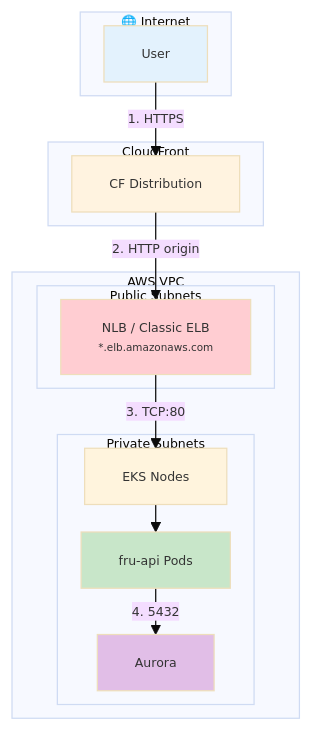
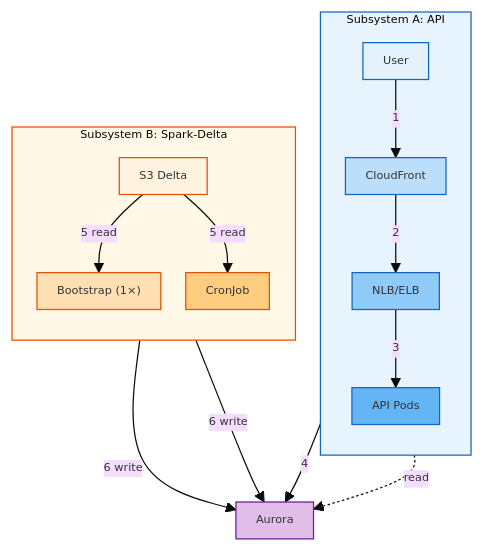
Before and after one commit to horselord-joe-8053/ultra-fru-genai-analytics-new: the first of 4 diagrams in docs/learned/cloud_shared/ARCHITECTURE_AWS_GCP_GENERAL.md, drawn with Mermaid. The commit also changed other lines of this file and 14 other files, not shown here.

Commit message:
Restructure ARCHITECTURE doc: Kube vs Nonkube comparison, side-by-side diagrams, colored tables

````diff
--- a/docs/learned/cloud_shared/ARCHITECTURE_AWS_GCP_GENERAL.md
+++ b/docs/learned/cloud_shared/ARCHITECTURE_AWS_GCP_GENERAL.md
@@ -11,34 +18,41 @@
 ```mermaid
-%%{init: {'theme':'base', 'themeVariables': {'fontSize':'10px', 'fontFamily':'sans-serif'}, 'flowchart': {'nodeSpacing':18, 'rankSpacing':22}}}%%
+%%{init: {'theme':'base', 'themeVariables': {'fontSize':'9px', 'fontFamily':'sans-serif'}, 'flowchart': {'nodeSpacing':20, 'rankSpacing':24, 'padding':8, 'useMaxWidth':true}}}%%
 flowchart TB
-    subgraph ext["🌐 Internet"]
+    subgraph subA["Subsystem A: API"]
+        direction TB
         U1["User"]
+        CF1["CloudFront"]
+        LB1["NLB/ELB"]
+        POD1["API Pods"]
+        U1 -->|"1"| CF1
+        CF1 -->|"2"| LB1
+        LB1 -->|"3"| POD1
     end
 
-    subgraph cf1["CloudFront"]
-        CF1["CF Distribution"]
+    subgraph subB["Subsystem B: Spark-Delta"]
+        direction TB
+        BOOT1["Bootstrap (1×)"]
+        CRON1["CronJob"]
+        S31["S3 Delta"]
+        S31 -->|"5 read"| BOOT1
+        S31 -->|"5 read"| CRON1
     end
 
-    subgraph aws1["AWS VPC"]
-        subgraph pub1["Public Subnets"]
-            LB1["NLB / Classic ELB<br/><small>*.elb.amazonaws.com</small>"]
-        end
-        subgraph priv1["Private Subnets"]
-            EKS1["EKS Nodes"]
-            POD1["fru-api Pods"]
-            AUR1["Aurora"]
-        end
-    end
+    AUR1["Aurora"]
 
-    U1 -->|"1. HTTPS"| CF1
-    CF1 -->|"2. HTTP origin"| LB1
-    LB1 -->|"3. TCP:80"| EKS1
-    EKS1 --> POD1
-    POD1 -->|"4. 5432"| AUR1
+    POD1 -->|"4"| AUR1
+    BOOT1 -->|"6 write"| AUR1
+    CRON1 -->|"6 write"| AUR1
+    POD1 -.->|"read"| AUR1
 
-    style U1 fill:#e3f2fd
-    style CF1 fill:#fff3e0
-    style LB1 fill:#ffcdd2
-    style POD1 fill:#c8e6c9
-    style AUR1 fill:#e1bee7
+    style U1 fill:#e3f2fd,stroke:#1565c0
+    style CF1 fill:#bbdefb,stroke:#1565c0
+    style LB1 fill:#90caf9,stroke:#1565c0
+    style POD1 fill:#64b5f6,stroke:#1565c0
+    style subA fill:#e8f4fd,stroke:#1565c0
+    style subB fill:#fff8e6,stroke:#e65100
+    style BOOT1 fill:#ffe0b2,stroke:#e65100
+    style CRON1 fill:#ffcc80,stroke:#e65100
+    style S31 fill:#fff3e0,stroke:#e65100
+    style AUR1 fill:#e1bee7,stroke:#6a1b9a
 ```
````
